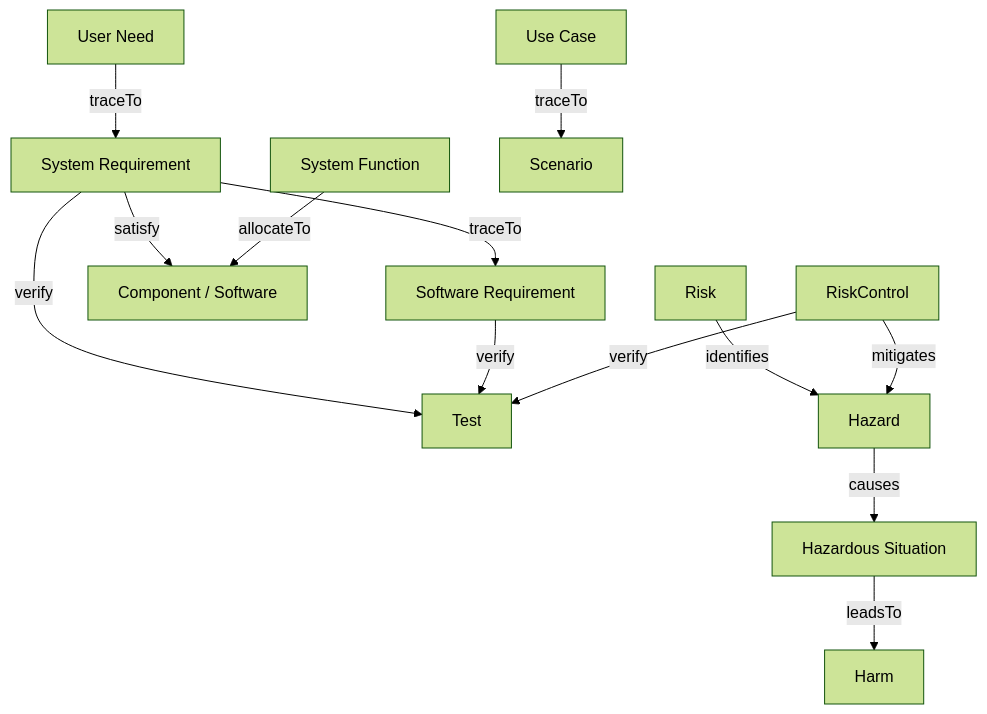
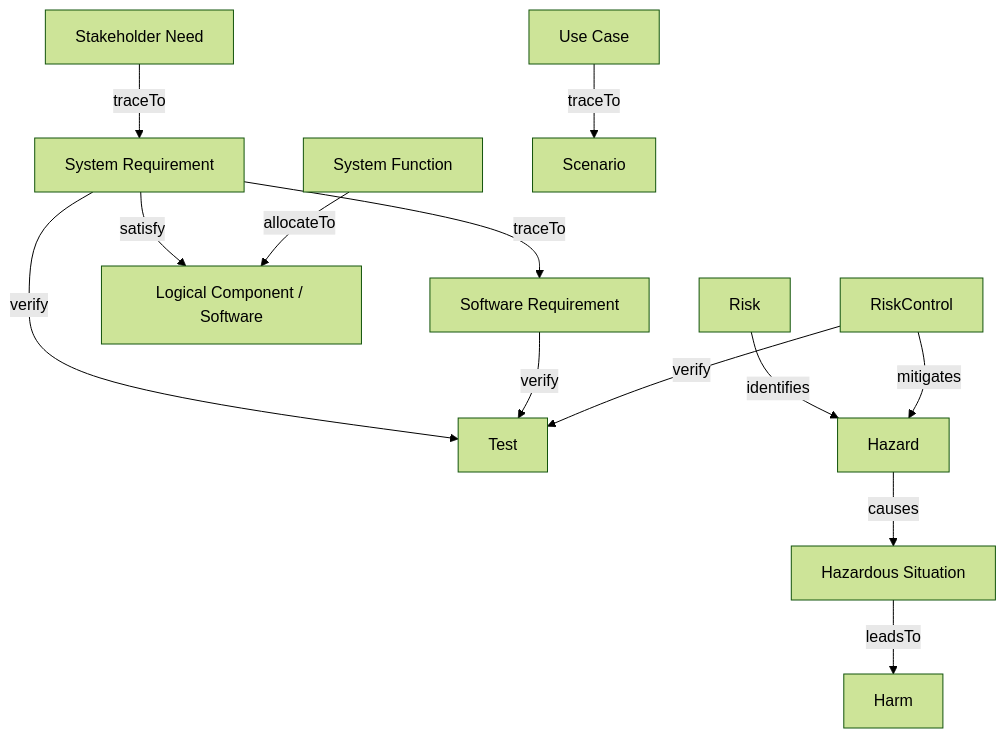
Before and after one commit to memoarchitect/memo-architect: the diagram in docs/guides/modeling-guide.md, drawn with Mermaid (forest theme). The commit also changed other lines of this file and 8 other files, not shown here.

````diff
--- a/docs/guides/modeling-guide.md
+++ b/docs/guides/modeling-guide.md
@@ -12,15 +12,15 @@
 ```mermaid
 graph TD
-    UN[User Need] -->|traceTo| SR[System Requirement]
+    UN[Stakeholder Need] -->|traceTo| SR[System Requirement]
     SR -->|traceTo| SwR[Software Requirement]
-    SR -->|satisfy| COMP[Component / Software]
+    SR -->|satisfy| COMP[Logical Component / Software]
     SR -->|verify| TEST[Test]
     SwR -->|verify| TEST
     HAZ[Hazard] -->|causes| HS[Hazardous Situation]
     HS -->|leadsTo| HARM[Harm]
     RISK[Risk] -->|identifies| HAZ
     RC[RiskControl] -->|mitigates| HAZ
     RC -->|verify| TEST
     SF[System Function] -->|allocateTo| COMP
     UC[Use Case] -->|traceTo| SCEN[Scenario]
 ```
````
